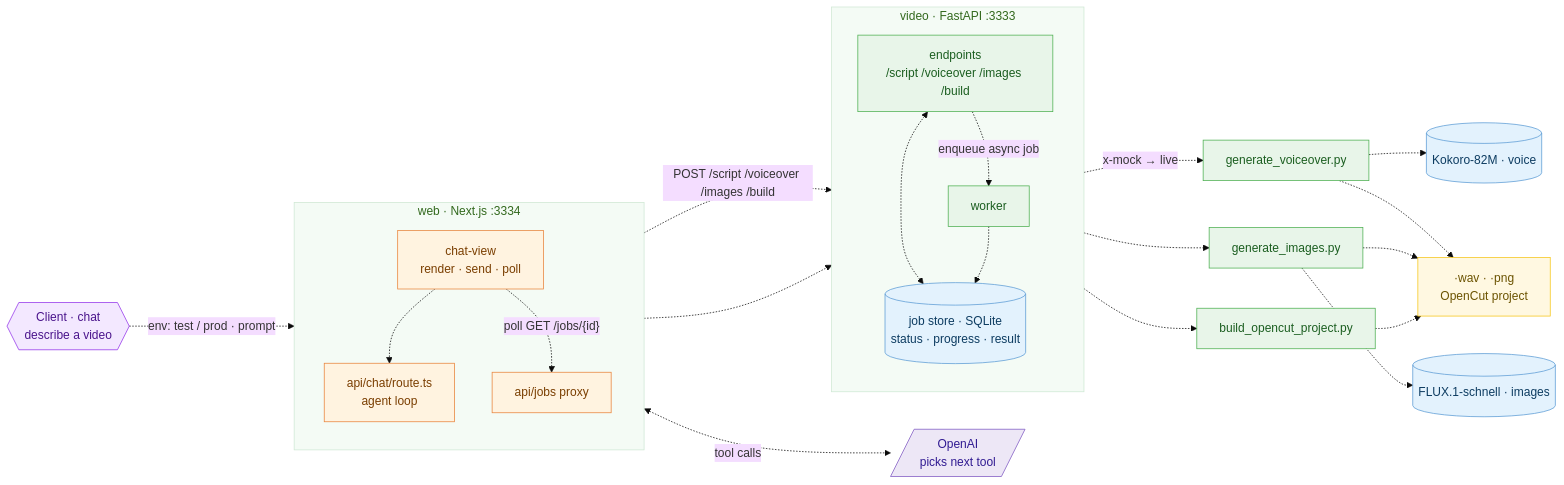
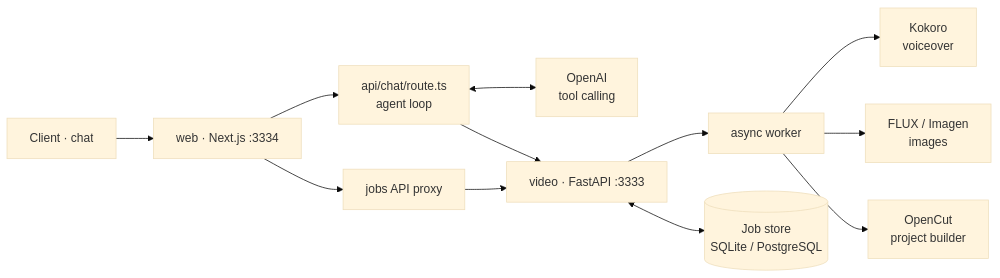
One commit to quochuydev/agent-chat changed the diagram in README.md. Above: the diagram before and after it, drawn with Mermaid (base theme). The commit also changed other lines of this file, not shown here.

Commit message:
docs: update README with project architecture and setup

````diff
--- a/README.md
+++ b/README.md
@@ -3,60 +18,14 @@
 ```mermaid
 flowchart LR
-    U{{"Client · chat<br/>describe a video"}}
-
-    subgraph WEB["web · Next.js :3334"]
-        direction TB
-        RT["api/chat/route.ts<br/>agent loop"]
-        UI["chat-view<br/>render · send · poll"]
-        PX["api/jobs proxy"]
-    end
-
-    LLM[/"OpenAI<br/>picks next tool"/]
-
-    subgraph API["video · FastAPI :3333"]
-        direction TB
-        EP["endpoints<br/>/script /voiceover /images /build"]
-        WK["worker"]
-        JS[("job store · SQLite<br/>status · progress · result")]
-    end
-
-    VO["generate_voiceover.py"]
-    IM["generate_images.py"]
-    BD["build_opencut_project.py"]
-
-    K[("Kokoro-82M · voice")]
-    FX[("FLUX.1-schnell · images")]
-    OUT["·wav · ·png<br/>OpenCut project"]
-
-    U -. "env: test / prod · prompt" .-> UI
-    UI -.-> RT
-    RT <-. "tool calls" .-> LLM
-    RT -. "POST /script /voiceover /images /build" .-> EP
-    UI -. "poll GET /jobs/{id}" .-> PX -.-> EP
-    EP -. "enqueue async job" .-> WK
-    EP <-.-> JS
-    WK -.-> JS
-    WK -. "x-mock → live" .-> VO -.-> K
-    WK -.-> IM -.-> FX
-    WK -.-> BD
-    VO -.-> OUT
-    IM -.-> OUT
-    BD -.-> OUT
-
-    classDef client fill:#f3e8ff,stroke:#9333ea,color:#4a148c;
-    classDef agent  fill:#fff3e0,stroke:#e8833a,color:#7a3e00;
-    classDef llm    fill:#ede7f6,stroke:#7e57c2,color:#311b92;
-    classDef svc    fill:#e8f5e9,stroke:#4caf50,color:#1b5e20;
-    classDef store  fill:#e3f2fd,stroke:#5b9bd5,color:#0d3c61;
-    classDef out    fill:#fff8e1,stroke:#f5c518,color:#6b5300;
-
-    class U client;
-    class RT,UI,PX agent;
-    class LLM llm;
-    class EP,WK,VO,IM,BD svc;
-    class JS,K,FX store;
-    class OUT out;
-
-    style WEB fill:#f4fbf5,stroke:#cfe8d4,color:#33691e;
-    style API fill:#f4fbf5,stroke:#cfe8d4,color:#33691e;
+    U["Client · chat"] --> UI["web · Next.js :3334"]
+    UI --> RT["api/chat/route.ts<br/>agent loop"]
+    RT <--> LLM["OpenAI<br/>tool calling"]
+    RT --> EP["video · FastAPI :3333"]
+    EP --> WK["async worker"]
+    WK --> VO["Kokoro<br/>voiceover"]
+    WK --> IM["FLUX / Imagen<br/>images"]
+    WK --> BD["OpenCut<br/>project builder"]
+    EP <--> DB[("Job store<br/>SQLite / PostgreSQL")]
+    UI --> PX["jobs API proxy"]
+    PX --> EP
 ```
````
